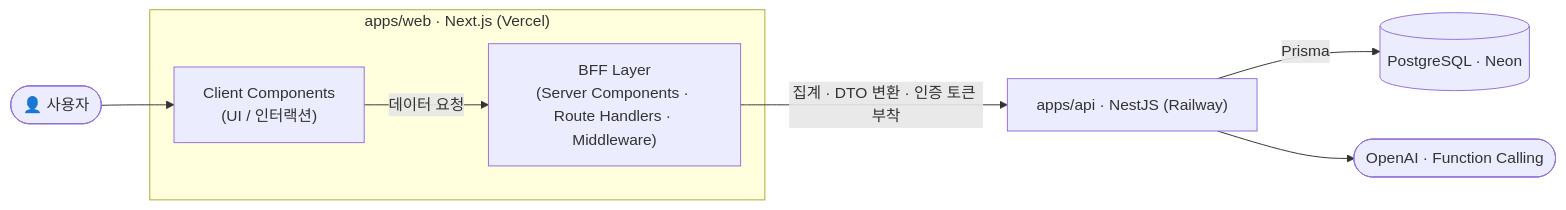
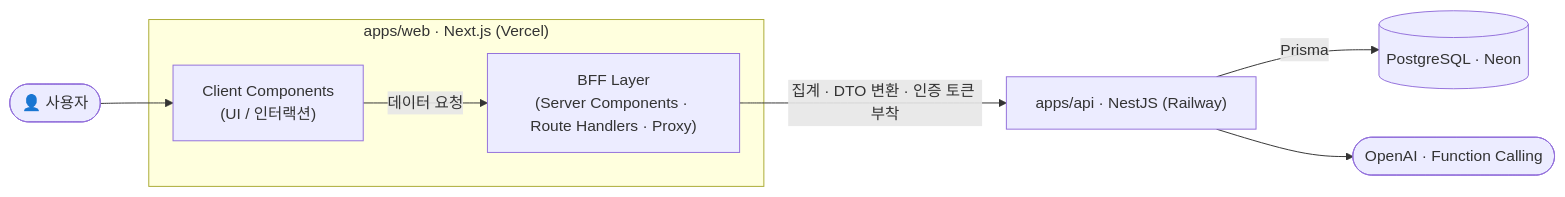
One commit to smnm1998/fit-fo-yo changed the diagram in README.md. Above: the diagram before and after it, drawn with Mermaid. The commit also changed other lines of this file, not shown here.

````diff
--- a/README.md
+++ b/README.md
@@ -50,15 +50,15 @@
 ```mermaid
 flowchart LR
     U([👤 사용자])
 
     subgraph Web ["apps/web · Next.js (Vercel)"]
         Client["Client Components<br/>(UI / 인터랙션)"]
-        BFF["BFF Layer<br/>(Server Components · Route Handlers · Middleware)"]
+        BFF["BFF Layer<br/>(Server Components · Route Handlers · Proxy)"]
         Client -->|데이터 요청| BFF
     end
 
     U --> Client
     BFF -->|집계 · DTO 변환 · 인증 토큰 부착| API["apps/api · NestJS (Railway)"]
     API -->|Prisma| DB[("PostgreSQL · Neon")]
     API --> OA(["OpenAI · Function Calling"])
 ```
````
